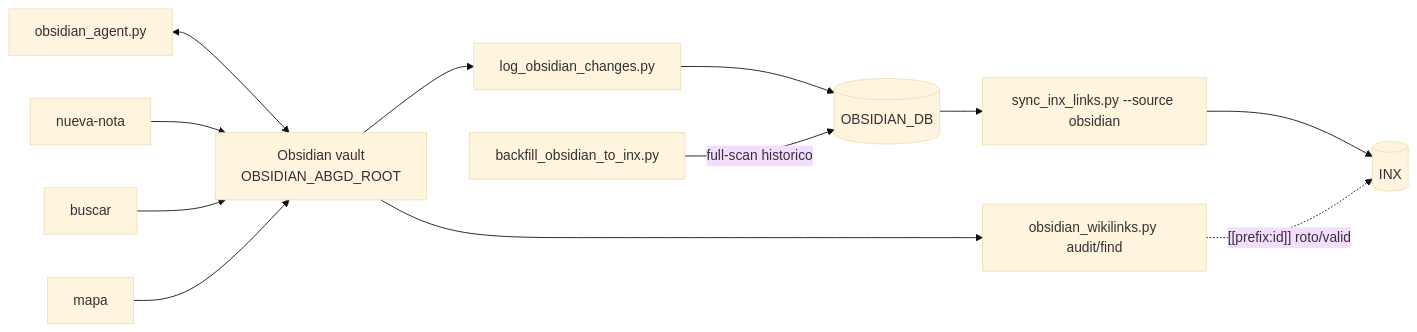
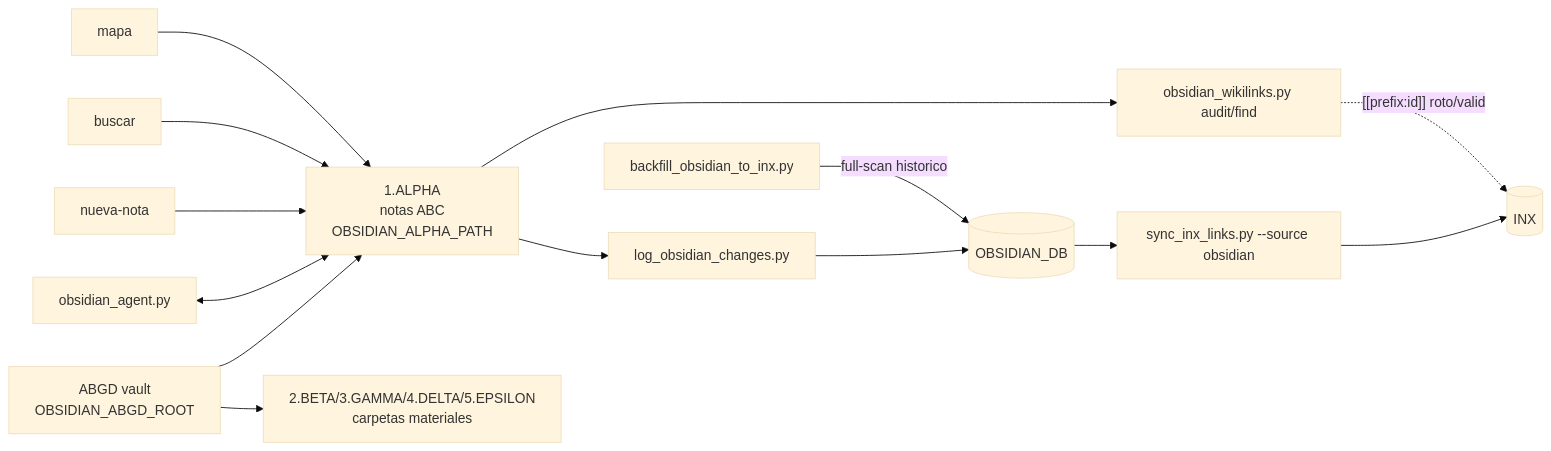
One commit to dalarconrub/coworkia changed the seventh of 11 diagrams in docs/pipeline-atlas.md. Above: the diagram before and after it, drawn with Mermaid (base theme). The commit also changed other lines of this file and 22 other files, not shown here.

````diff
--- a/docs/pipeline-atlas.md
+++ b/docs/pipeline-atlas.md
@@ -208,18 +208,22 @@
 ```mermaid
 flowchart LR
-    VAULT[Obsidian vault<br/>OBSIDIAN_ABGD_ROOT]
-    AGENT[obsidian_agent.py] <--> VAULT
-    CREATE[nueva-nota] --> VAULT
-    SEARCH[buscar] --> VAULT
-    MAPA[mapa] --> VAULT
+    VAULT[ABGD vault<br/>OBSIDIAN_ABGD_ROOT]
+    ALPHA[1.ALPHA<br/>notas ABC<br/>OBSIDIAN_ALPHA_PATH]
+    MATERIAL[2.BETA/3.GAMMA/4.DELTA/5.EPSILON<br/>carpetas materiales]
+    VAULT --> ALPHA
+    VAULT --> MATERIAL
+    AGENT[obsidian_agent.py] <--> ALPHA
+    CREATE[nueva-nota] --> ALPHA
+    SEARCH[buscar] --> ALPHA
+    MAPA[mapa] --> ALPHA
 
-    VAULT --> LOG[log_obsidian_changes.py]
+    ALPHA --> LOG[log_obsidian_changes.py]
     LOG --> OBS_DB[(OBSIDIAN_DB)]
     OBS_DB --> SYNC_OBS[sync_inx_links.py --source obsidian]
     SYNC_OBS --> INX[(INX)]
 
     BACKFILL[backfill_obsidian_to_inx.py] -->|full-scan historico| OBS_DB
 
-    VAULT --> WIKI[obsidian_wikilinks.py audit/find]
+    ALPHA --> WIKI[obsidian_wikilinks.py audit/find]
     WIKI -.[[prefix:id]] roto/valido.-> INX
 ```
````
